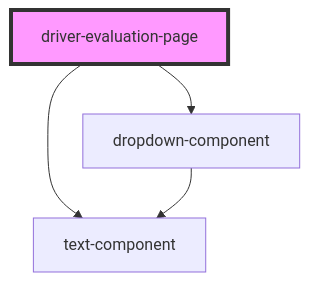
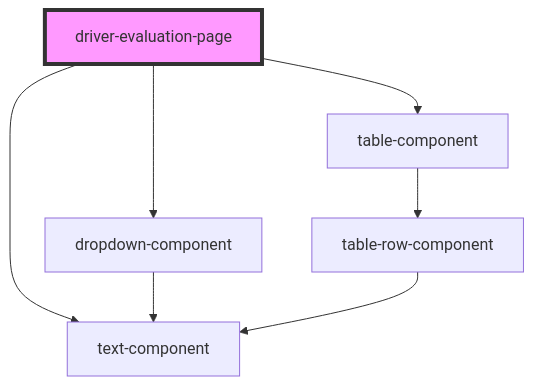
Before and after one commit to design-system-dev/scania-dev-test: the diagram in packages/components/src/pages/driver-evaluation-page/readme.md, drawn with Mermaid. The commit also changed other lines of this file and 11 other files, not shown here.

Commit message:
feat(driver-evaluation-page): add table

````diff
--- a/packages/components/src/pages/driver-evaluation-page/readme.md
+++ b/packages/components/src/pages/driver-evaluation-page/readme.md
@@ -16,7 +17,10 @@
 ```mermaid
 graph TD;
   driver-evaluation-page --> text-component
   driver-evaluation-page --> dropdown-component
+  driver-evaluation-page --> table-component
   dropdown-component --> text-component
+  table-component --> table-row-component
+  table-row-component --> text-component
   style driver-evaluation-page fill:#f9f,stroke:#333,stroke-width:4px
 ```
````
